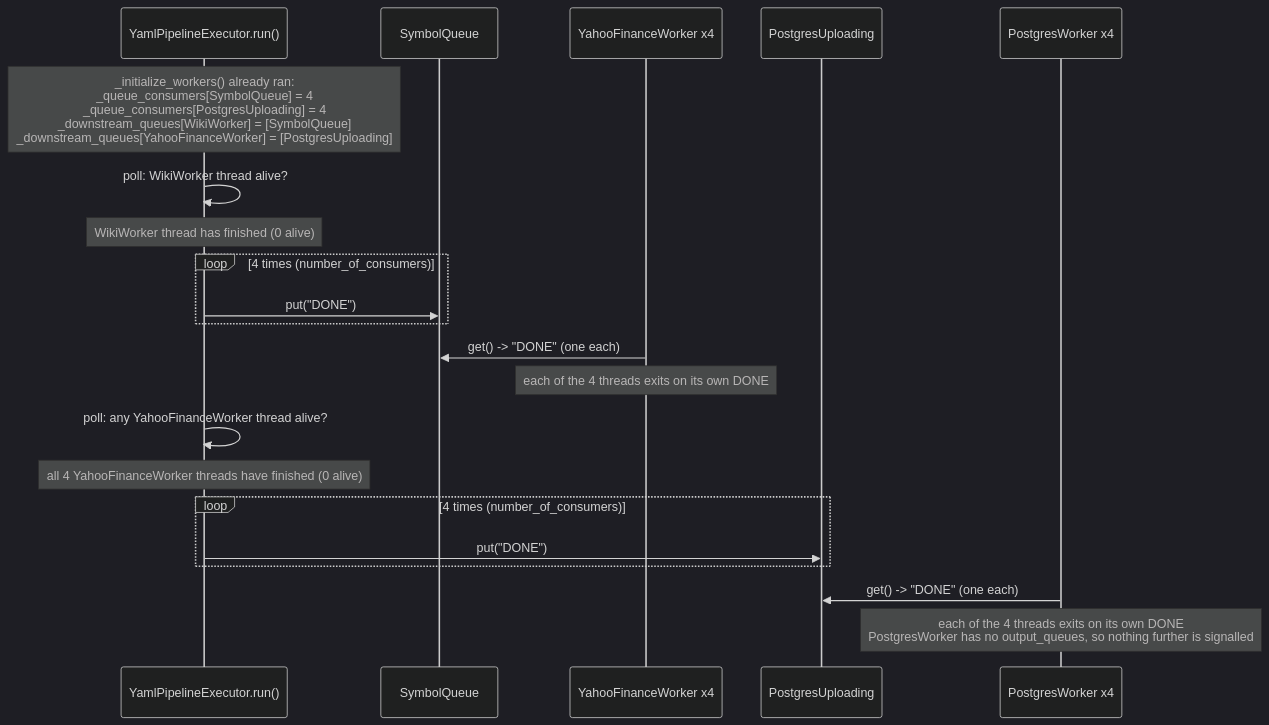
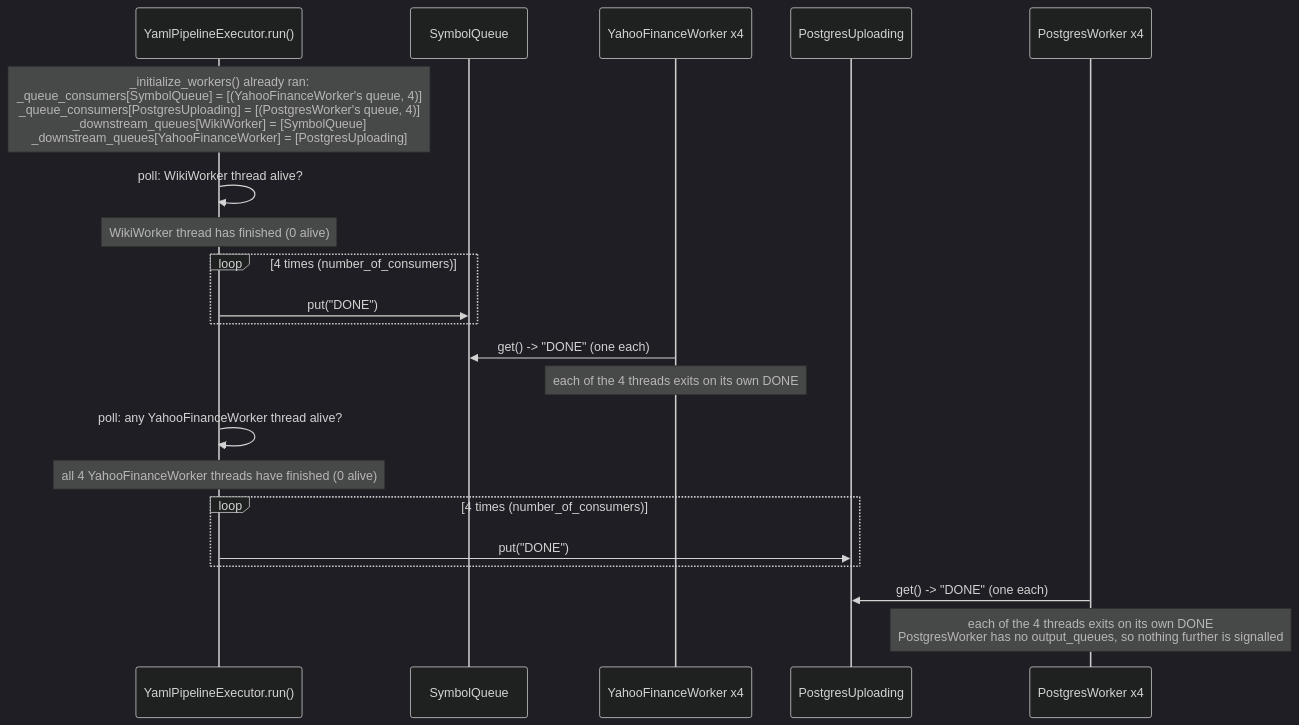
Before and after one commit to kasir-barati/python: the fourth of 4 diagrams in tips/examples/scrapper-pipeline-design-pattern/README.md, drawn with Mermaid (dark theme). The commit also changed other lines of this file and 1 other file, not shown here.

Commit message:
chore: add fanout and direct mode for queues

````diff
--- a/tips/examples/scrapper-pipeline-design-pattern/README.md
+++ b/tips/examples/scrapper-pipeline-design-pattern/README.md
@@ -38,26 +77,26 @@
 ```mermaid
 sequenceDiagram
     participant R as YamlPipelineExecutor.run()
     participant WQ as SymbolQueue
     participant Y as YahooFinanceWorker x4
     participant PQ as PostgresUploading
     participant P as PostgresWorker x4
 
-    Note over R: _initialize_workers() already ran:<br/>_queue_consumers[SymbolQueue] = 4<br/>_queue_consumers[PostgresUploading] = 4<br/>_downstream_queues[WikiWorker] = [SymbolQueue]<br/>_downstream_queues[YahooFinanceWorker] = [PostgresUploading]
+    Note over R: _initialize_workers() already ran:<br/>_queue_consumers[SymbolQueue] = [(YahooFinanceWorker's queue, 4)]<br/>_queue_consumers[PostgresUploading] = [(PostgresWorker's queue, 4)]<br/>_downstream_queues[WikiWorker] = [SymbolQueue]<br/>_downstream_queues[YahooFinanceWorker] = [PostgresUploading]
 
     R->>R: poll: WikiWorker thread alive?
     Note over R: WikiWorker thread has finished (0 alive)
     loop 4 times (number_of_consumers)
         R->>WQ: put("DONE")
     end
     Y->>WQ: get() -> "DONE" (one each)
     Note over Y: each of the 4 threads exits on its own DONE
 
     R->>R: poll: any YahooFinanceWorker thread alive?
     Note over R: all 4 YahooFinanceWorker threads have finished (0 alive)
     loop 4 times (number_of_consumers)
         R->>PQ: put("DONE")
     end
     P->>PQ: get() -> "DONE" (one each)
     Note over P: each of the 4 threads exits on its own DONE<br/>PostgresWorker has no output_queues, so nothing further is signalled
 ```
````
